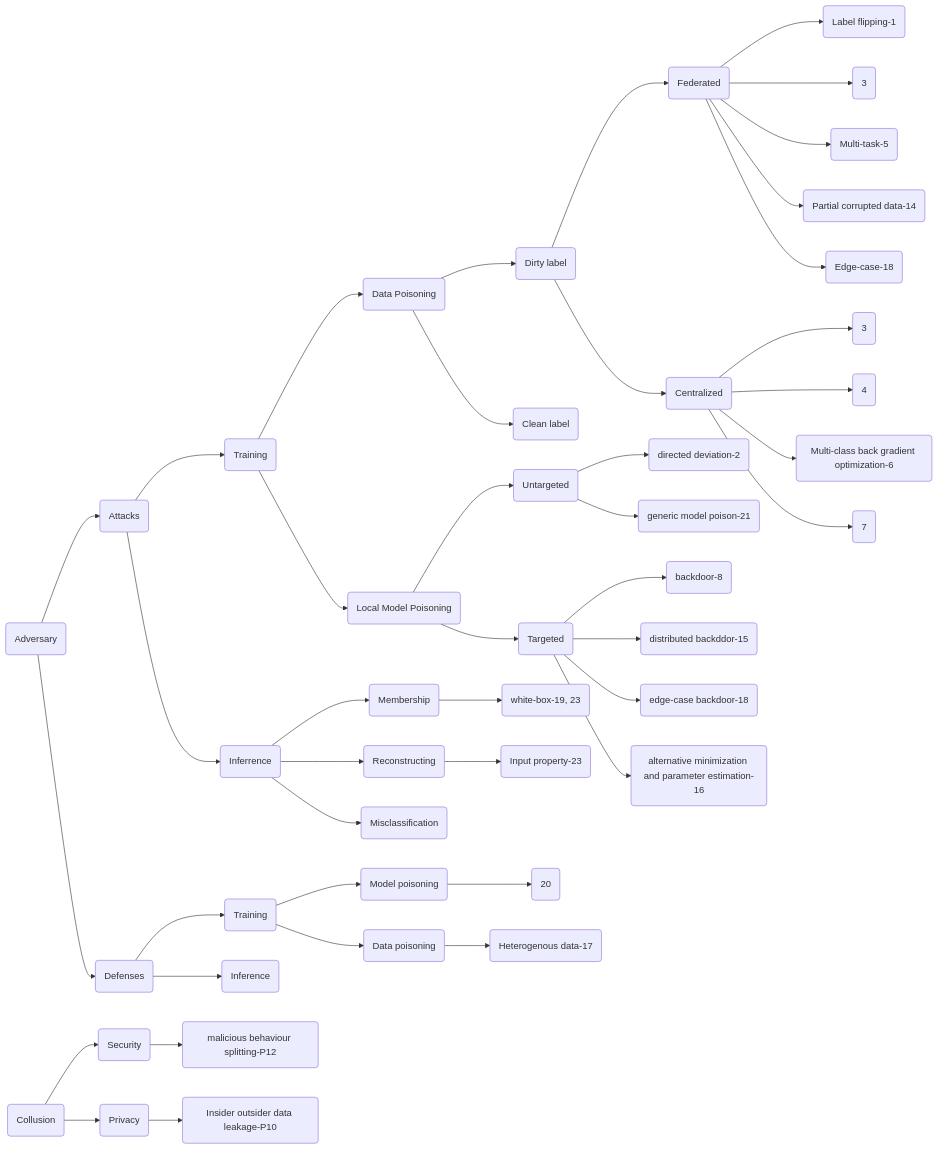
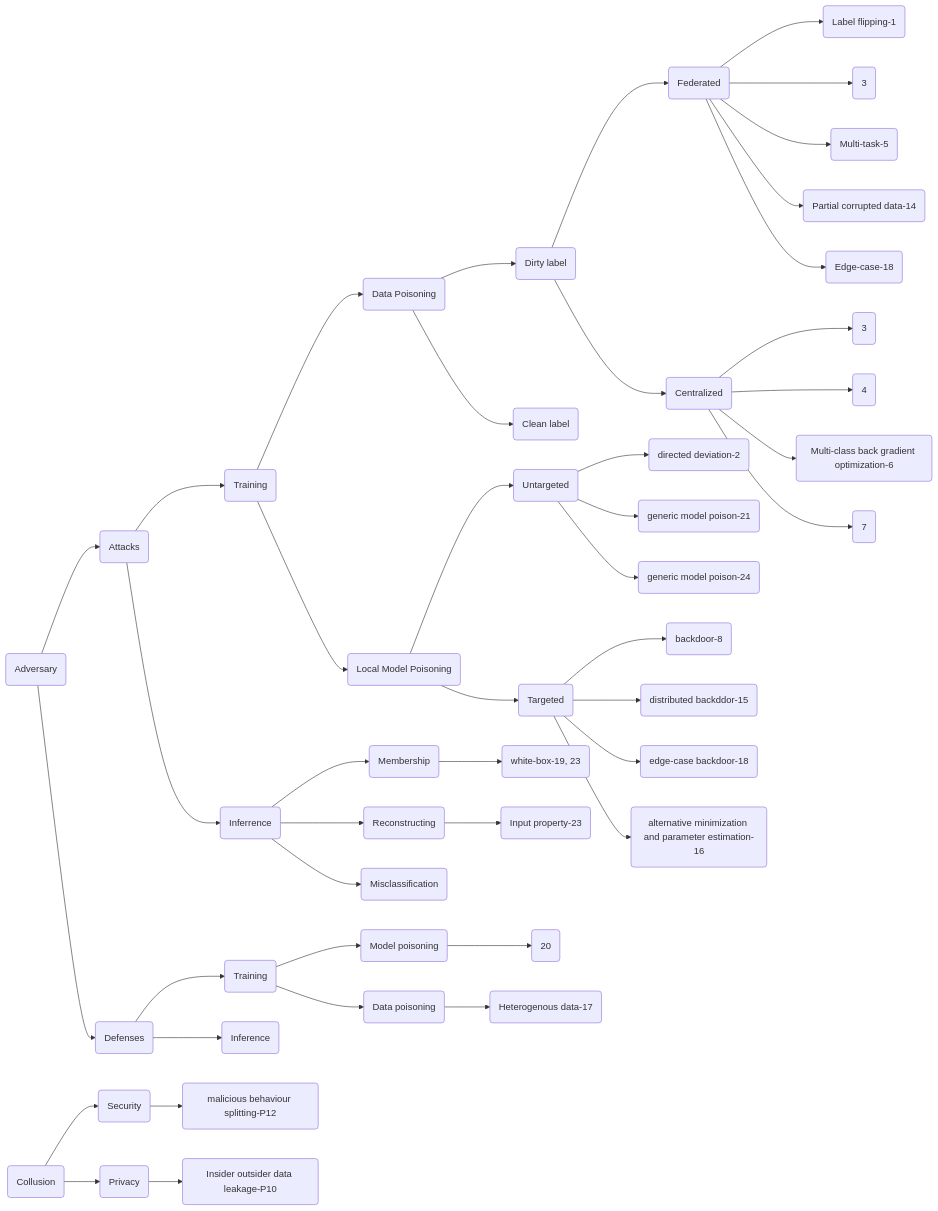
The diagram in poison.md (GillHuang-Xtler/flPapers), drawn with Mermaid before and after one commit. The commit also changed other lines of this file and 4 other files, not shown here.

````diff
--- a/poison.md
+++ b/poison.md
@@ -181,47 +193,48 @@
 ```mermaid
 graph LR
 Z(Adversary)-->Z1(Attacks)
 Z-->Z2(Defenses)
 Z1-->A1(Training)
 Z1-->A2(Inferrence)
 A1-->B1(Data Poisoning)
 B1-->M1(Dirty label)
 B1-->M2(Clean label)
 A1-->B2(Local Model Poisoning)
 M1-->C1(Federated)
 M1-->C2(Centralized)
 B2-->N1(Targeted)
 B2-->N2(Untargeted)
 N2-->D1(directed deviation-2)
 N2-->D3(generic model poison-21)
+N2-->D7(generic model poison-24)
 N1-->D2(backdoor-8)
 N1-->D4(distributed backddor-15)
 N1-->D6(edge-case backdoor-18)
 N1-->D5(alternative minimization and parameter estimation-16)
 C1-->G1(Label flipping-1)
 C1-->G2(3)
 C1-->G3(Multi-task-5)
 C1-->G4(Partial corrupted data-14)
 C1-->G5(Edge-case-18)
 C2-->H1(3)
 C2-->H2(4)
 C2-->H3(Multi-class back gradient optimization-6)
 C2-->H4(7)
 A2-->B3(Membership)
 B3-->I1(white-box-19, 23)
 A2-->B4(Reconstructing)
 B4-->I2(Input property-23)
 A2-->B5(Misclassification)
 Z2-->B11(Training)
 Z2-->B12(Inference)
 B11-->C11(Model poisoning)
 B11-->C12(Data poisoning)
 C11-->D11(20)
 C12-->D12(Heterogenous data-17)
 
 O(Collusion) -->Q1(Security)
 Q1-->P1(malicious behaviour splitting-P12)
 O(Collusion) -->Q2(Privacy)
 Q2-->P2(Insider outsider data leakage-P10)
 
 ```
````
